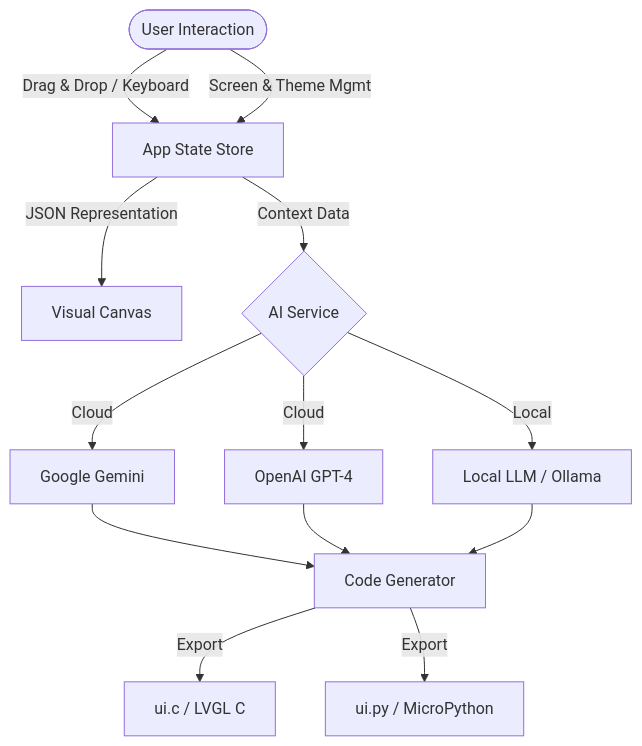
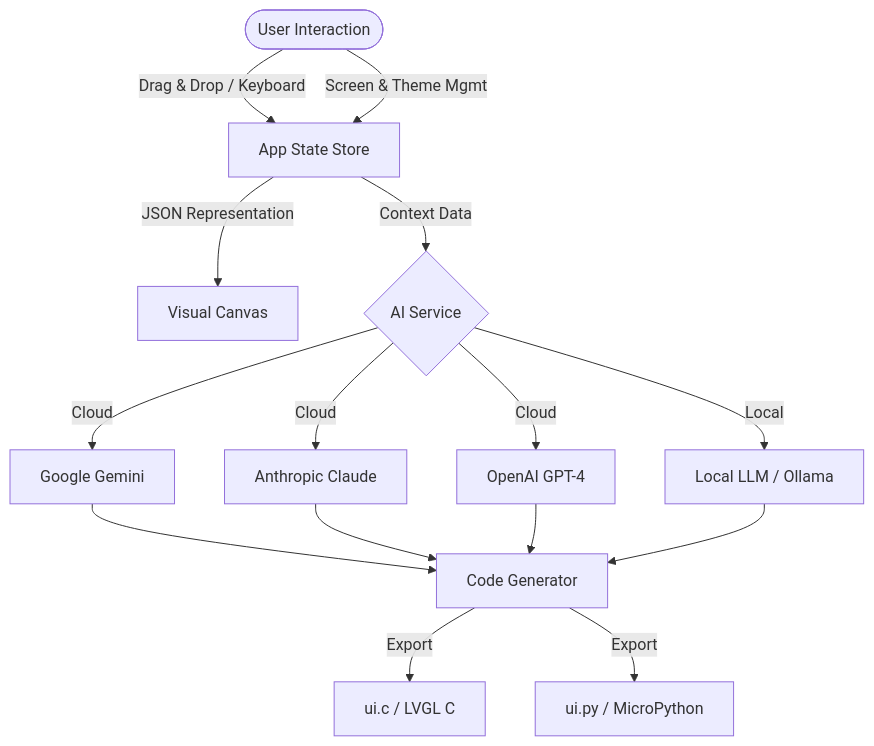
One commit to dazeb/LVGL-AI-Studio changed the diagram in README.md. Above: the diagram before and after it, drawn with Mermaid. The commit also changed other lines of this file and 1 other file, not shown here.

````diff
--- a/README.md
+++ b/README.md
@@ -61,15 +62,17 @@
 ```mermaid
 graph TD
     User([User Interaction]) -->|Drag & Drop / Keyboard| State[App State Store]
     User -->|Screen & Theme Mgmt| State
     State -->|JSON Representation| Canvas[Visual Canvas]
     State -->|Context Data| AIService{AI Service}
     AIService -->|Cloud| Gemini[Google Gemini]
+    AIService -->|Cloud| Claude[Anthropic Claude]
     AIService -->|Cloud| OpenAI[OpenAI GPT-4]
     AIService -->|Local| Ollama[Local LLM / Ollama]
     Gemini --> Generator[Code Generator]
+    Claude --> Generator
     OpenAI --> Generator
     Ollama --> Generator
     Generator -->|Export| CFile[ui.c / LVGL C]
     Generator -->|Export| PyFile[ui.py / MicroPython]
 ```
````
